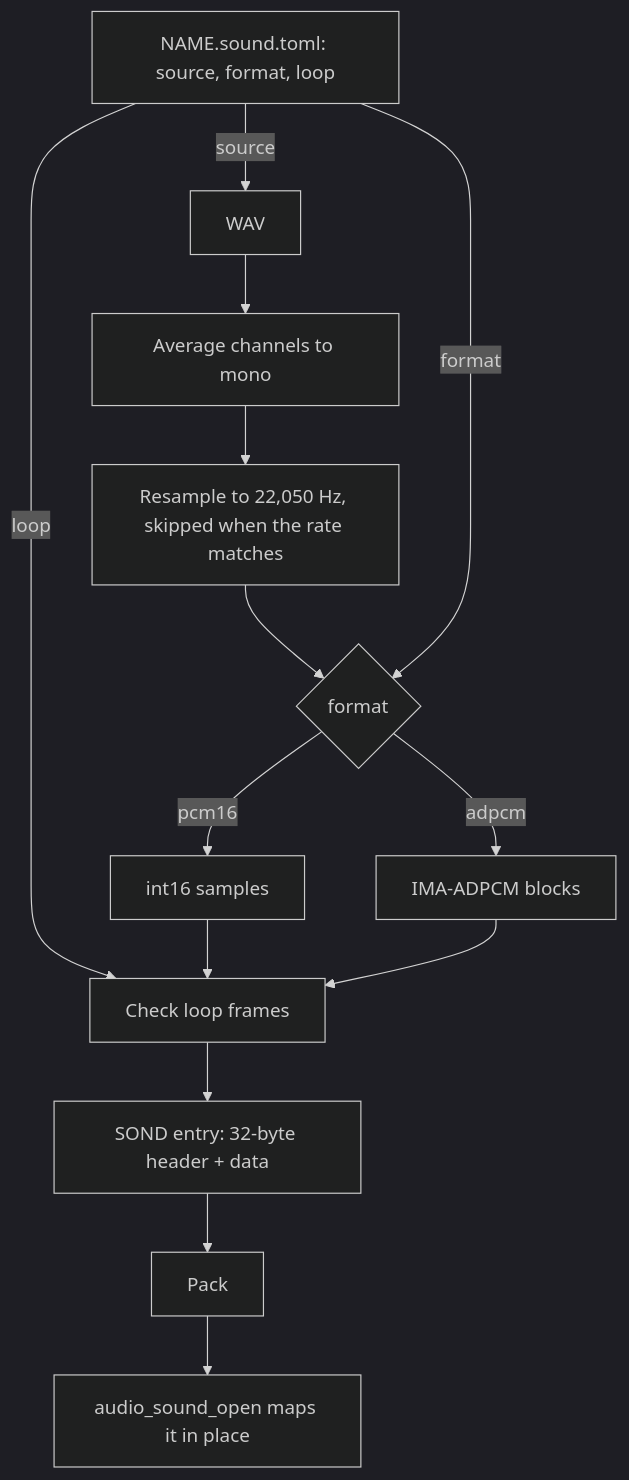
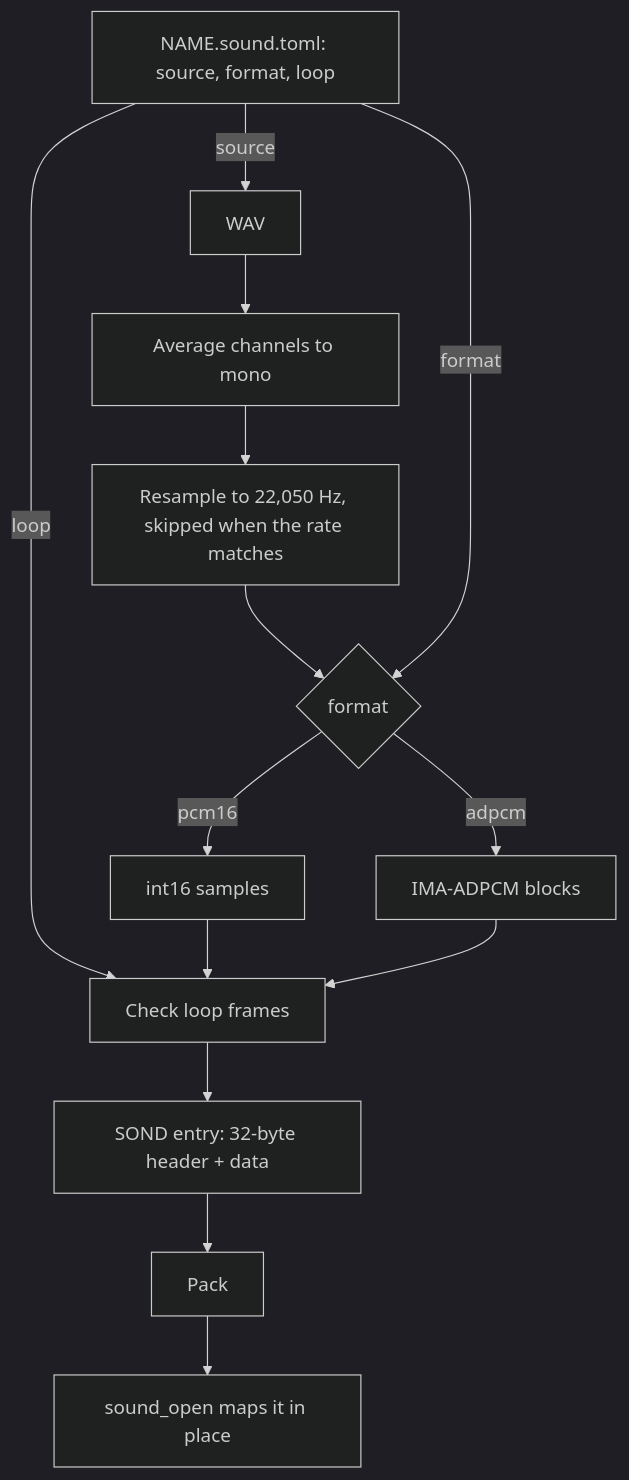
One commit to jose-villegas/autana changed the diagram in docs/audio/Sound-Assets.md. Above: the diagram before and after it, drawn with Mermaid (dark theme). The commit also changed other lines of this file and 20 other files, not shown here.

````diff
--- a/docs/audio/Sound-Assets.md
+++ b/docs/audio/Sound-Assets.md
@@ -69,16 +71,16 @@
 ```mermaid
 flowchart TD
     T["NAME.sound.toml: source, format, loop"] -->|source| W[WAV]
     W --> M[Average channels to mono]
     M --> R[Resample to 22,050 Hz, skipped when the rate matches]
     R --> F{format}
     T -->|format| F
     F -->|pcm16| P[int16 samples]
     F -->|adpcm| A[IMA-ADPCM blocks]
     T -->|loop| L[Check loop frames]
     P --> L
     A --> L
     L --> S[SOND entry: 32-byte header + data]
     S --> K[Pack]
-    K --> O[audio_sound_open maps it in place]
+    K --> O[sound_open maps it in place]
 ```
````
